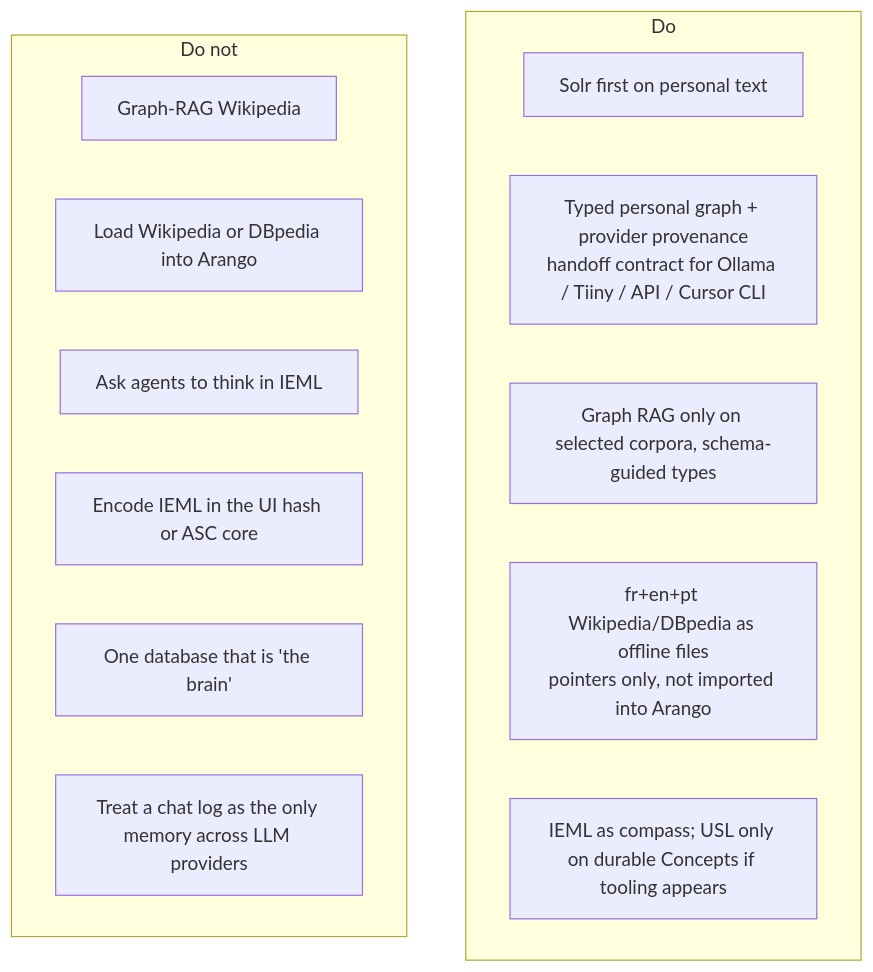
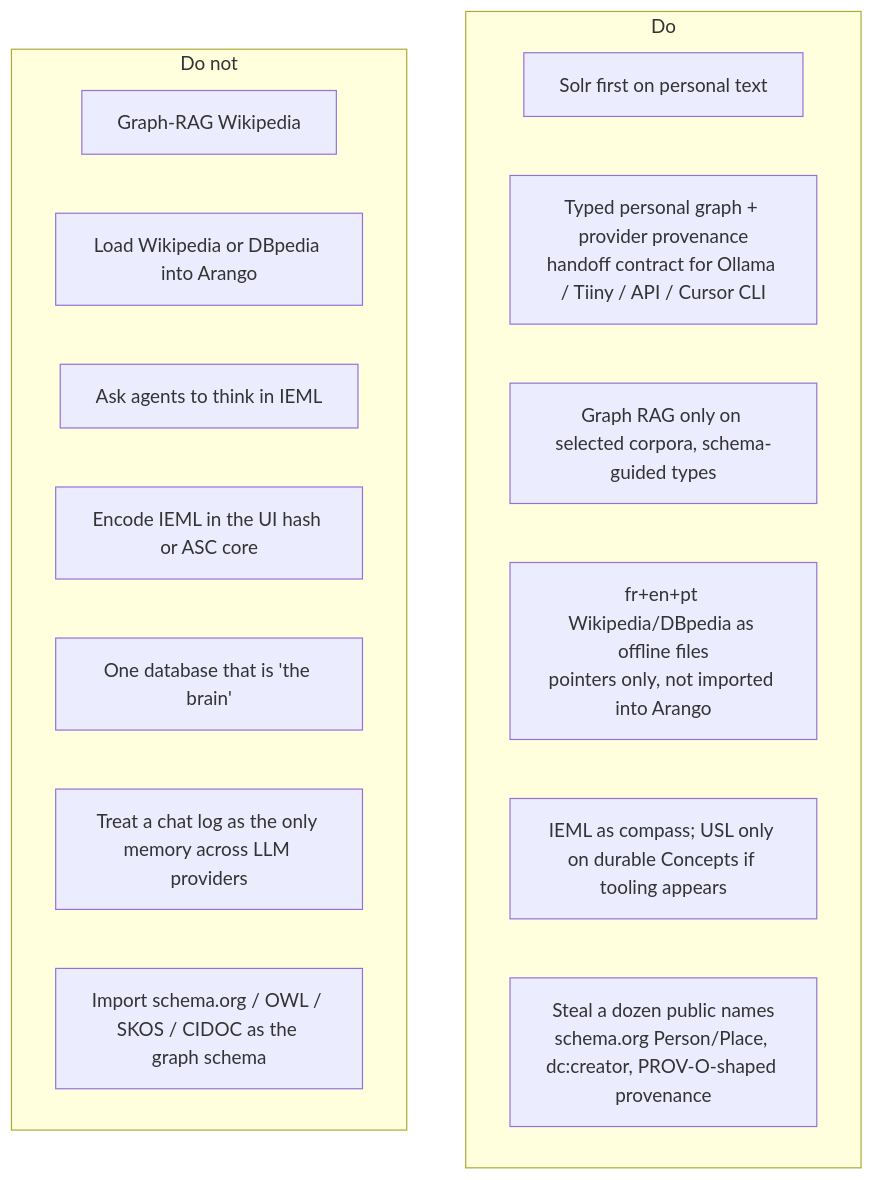
One commit to Paulmicha/projet-complexe-asc changed diagram 14 of 14 in data/ideas/2026/08/18-graph-rag-wikipedia-db-pedia-ieml.md. Above: the diagram before and after it, drawn with Mermaid. The commit also changed other lines of this file and 7 other files, not shown here.

Commit message:
Update data/ideas/2026/08/18-graph-rag-wikipedia-db-pedia-ieml.md + add old 2010s assets for archive

````diff
--- a/data/ideas/2026/08/18-graph-rag-wikipedia-db-pedia-ieml.md
+++ b/data/ideas/2026/08/18-graph-rag-wikipedia-db-pedia-ieml.md
@@ -940,19 +1051,21 @@
 ```mermaid
 flowchart TB
   subgraph do["Do"]
     D1["Solr first on personal text"]
     D2["Typed personal graph + provider provenance<br/>handoff contract for Ollama / Tiiny / API / Cursor CLI"]
     D3["Graph RAG only on selected corpora, schema-guided types"]
     D4["fr+en+pt Wikipedia/DBpedia as offline files<br/>pointers only, not imported into Arango"]
     D5["IEML as compass; USL only on durable Concepts if tooling appears"]
+    D6["Steal a dozen public names<br/>schema.org Person/Place, dc:creator, PROV-O-shaped provenance"]
   end
 
   subgraph dont["Do not"]
     N1["Graph-RAG Wikipedia"]
     N2["Load Wikipedia or DBpedia into Arango"]
     N3["Ask agents to think in IEML"]
     N4["Encode IEML in the UI hash or ASC core"]
     N5["One database that is 'the brain'"]
     N6["Treat a chat log as the only memory across LLM providers"]
+    N7["Import schema.org / OWL / SKOS / CIDOC as the graph schema"]
   end
 ```
````
